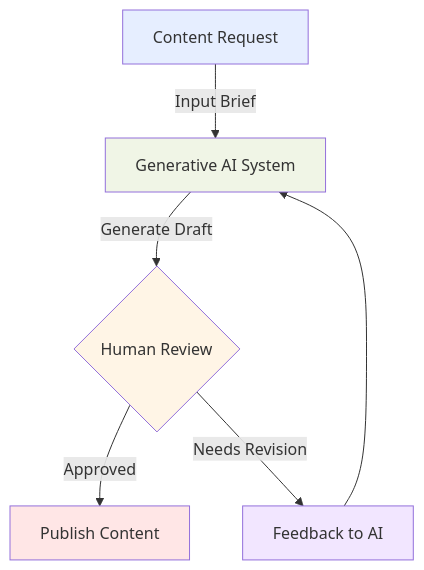
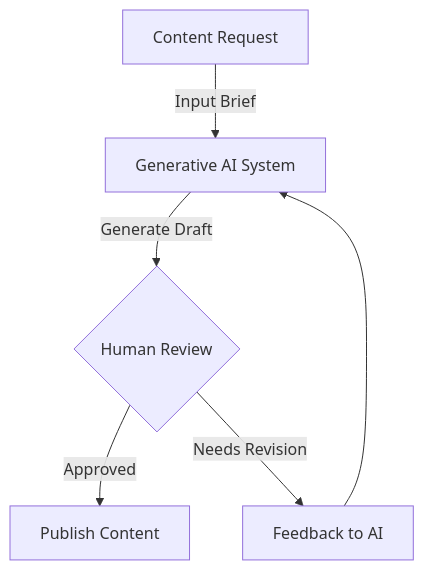
Before and after one commit to CloudCityPress/aws-aif-c01: the first of 2 diagrams in english/20_20_Capabilities_and_limitations_of_generative_AI.md, drawn with Mermaid. The commit also changed other lines of this file and 16 other files, not shown here.

Commit message:
updating Mermaids

````diff
--- a/english/20_20_Capabilities_and_limitations_of_generative_AI.md
+++ b/english/20_20_Capabilities_and_limitations_of_generative_AI.md
@@ -85,13 +85,8 @@
 ```mermaid
 flowchart TD
     A[Content Request] -->|Input Brief| B[Generative AI System]
     B -->|Generate Draft| C{Human Review}
     C -->|Approved| D[Publish Content]
     C -->|Needs Revision| E[Feedback to AI]
     E --> B
-    style A fill:#e6eeff
-    style B fill:#f0f5e6
-    style C fill:#fff5e6
-    style D fill:#ffe6e6
-    style E fill:#f2e6ff
 ```
````
